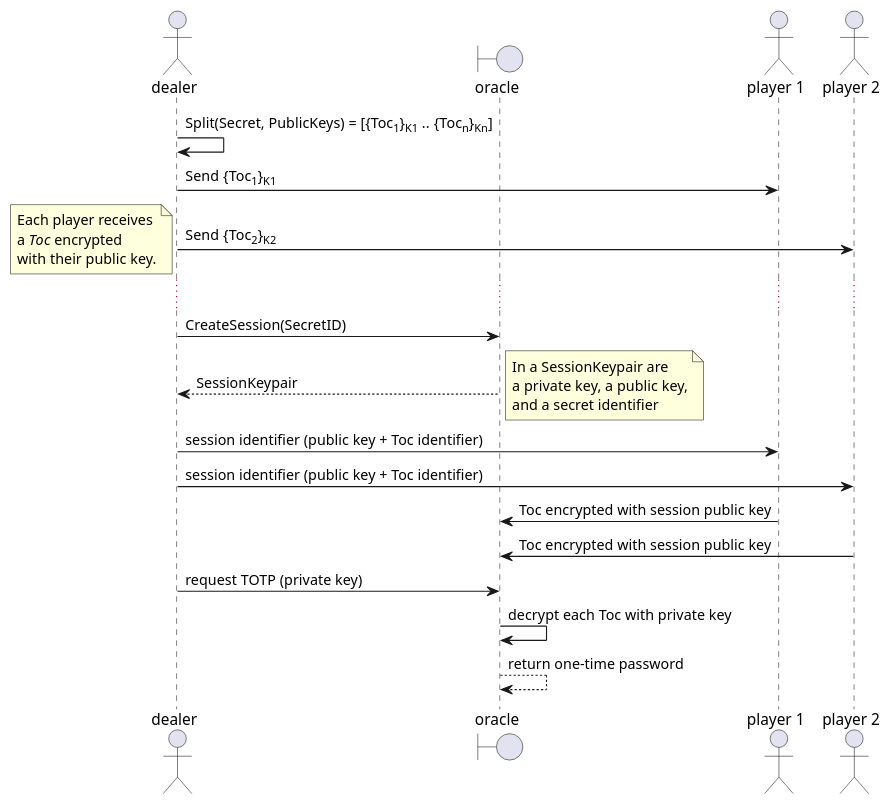
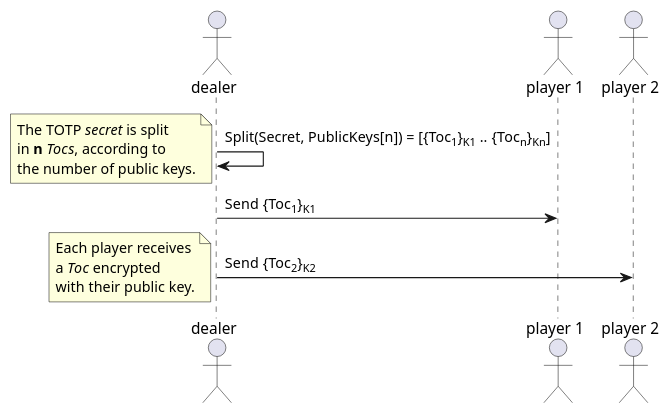
Before and after one commit to borgoat/farmfa: the first of 2 diagrams in docs/design.adoc, drawn with PlantUML. The commit also changed other lines of this file, not shown here.

```diff
--- a/docs/design.adoc
+++ b/docs/design.adoc
@@ -63,38 +70,24 @@
 [plantuml]
 ....
 actor     dealer as d
-boundary  oracle as o
 actor     "player 1" as p1
 actor     "player 2" as p2
 
-d -> d:   Split(Secret, PublicKeys) = [{Toc<sub>1</sub>}<sub>K1</sub> .. {Toc<sub>n</sub>}<sub>Kn</sub>]
+d -> d:   Split(Secret, PublicKeys[n]) = [{Toc<sub>1</sub>}<sub>K1</sub> .. {Toc<sub>n</sub>}<sub>Kn</sub>]
+
+note left
+The TOTP //secret// is split
+in **n** //Tocs//, according to
+the number of public keys.
+end note
 
 d -> p1:  Send {Toc<sub>1</sub>}<sub>K1</sub>
 d -> p2:  Send {Toc<sub>2</sub>}<sub>K2</sub>
 
 note left
 Each player receives
 a //Toc// encrypted
 with their public key.
 end note
 
-...
-
-d -> o:   CreateSession(SecretID)
-return    SessionKeypair
-
-note right
-In a SessionKeypair are
-a private key, a public key,
-and a secret identifier
-end note
-
-d  -> p1:  session identifier (public key + Toc identifier)
-d  -> p2:  session identifier (public key + Toc identifier)
-p1 -> o:   Toc encrypted with session public key
-p2 -> o:   Toc encrypted with session public key
-
-d  -> o:   request TOTP (private key)
-o -> o:   decrypt each Toc with private key
-return     return one-time password
 ....
```
